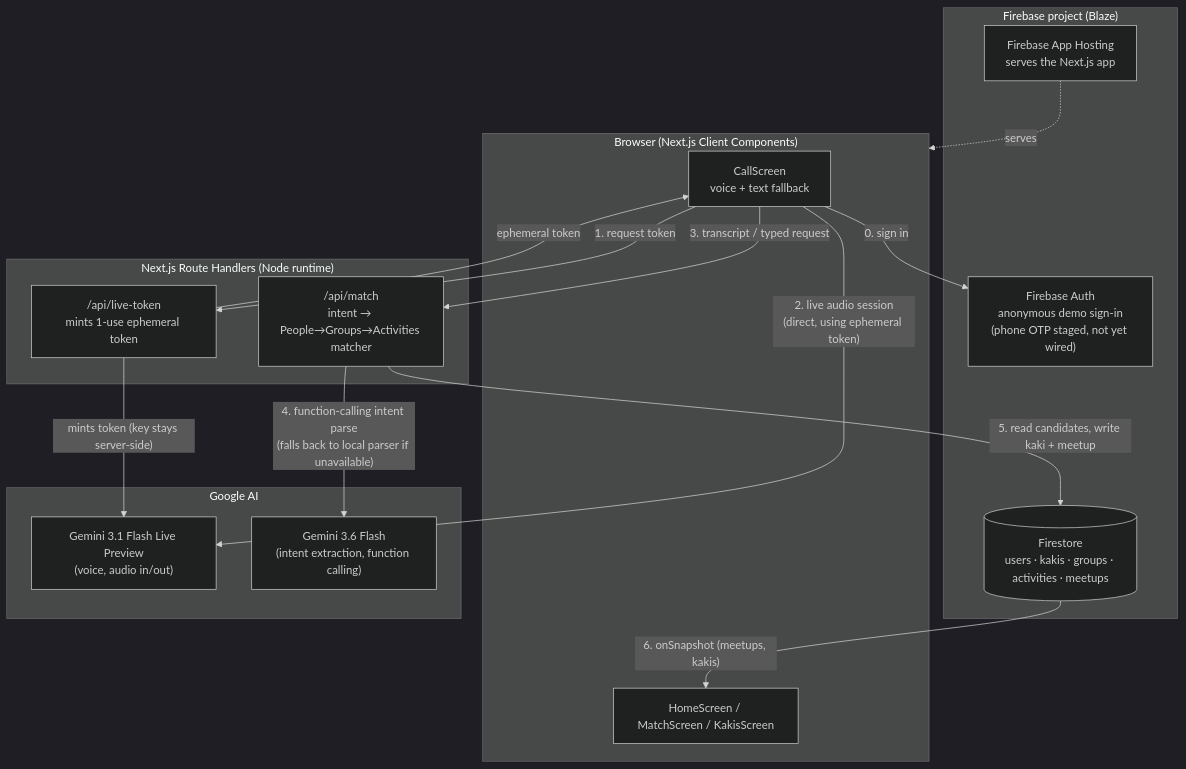
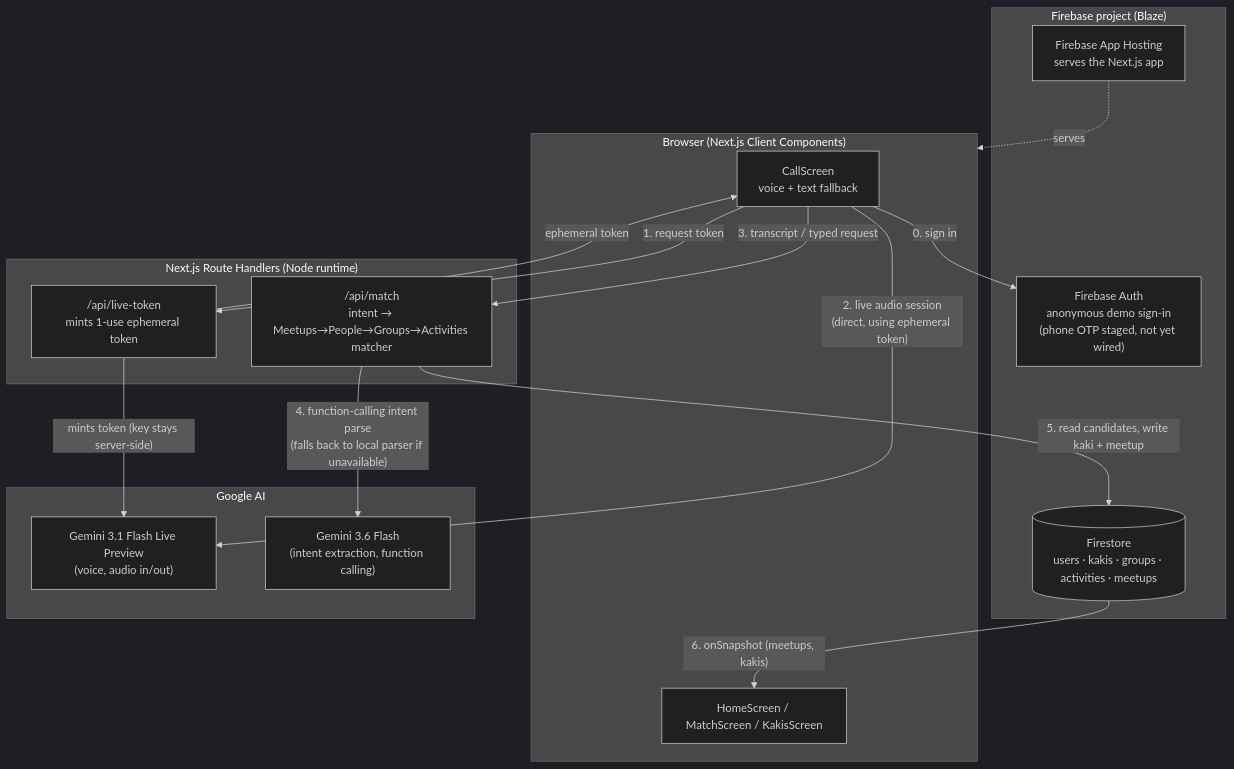
Before and after one commit to gabriel-wan/kopikaki: the diagram in docs/ARCHITECTURE.md, drawn with Mermaid (dark theme). The commit also changed other lines of this file and 27 other files, not shown here.

````diff
--- a/docs/ARCHITECTURE.md
+++ b/docs/ARCHITECTURE.md
@@ -13,37 +13,37 @@
 ```mermaid
 flowchart TD
     subgraph Browser["Browser (Next.js Client Components)"]
         CallScreen["CallScreen<br/>voice + text fallback"]
         HomeScreen["HomeScreen / MatchScreen / KakisScreen"]
     end
 
     subgraph Firebase["Firebase project (Blaze)"]
         Auth["Firebase Auth<br/>anonymous demo sign-in<br/>(phone OTP staged, not yet wired)"]
         Firestore[("Firestore<br/>users · kakis · groups · activities · meetups")]
         AppHosting["Firebase App Hosting<br/>serves the Next.js app"]
     end
 
     subgraph Server["Next.js Route Handlers (Node runtime)"]
         LiveToken["/api/live-token<br/>mints 1-use ephemeral token"]
-        Match["/api/match<br/>intent → People→Groups→Activities matcher"]
+        Match["/api/match<br/>intent → Meetups→People→Groups→Activities matcher"]
     end
 
     subgraph Google["Google AI"]
         GeminiLive["Gemini 3.1 Flash Live Preview<br/>(voice, audio in/out)"]
         Gemini36["Gemini 3.6 Flash<br/>(intent extraction, function calling)"]
     end
 
     CallScreen -- "0. sign in" --> Auth
     CallScreen -- "1. request token" --> LiveToken
     LiveToken -- "mints token (key stays server-side)" --> GeminiLive
     LiveToken -- "ephemeral token" --> CallScreen
     CallScreen -- "2. live audio session\n(direct, using ephemeral token)" --> GeminiLive
 
     CallScreen -- "3. transcript / typed request" --> Match
     Match -- "4. function-calling intent parse\n(falls back to local parser if unavailable)" --> Gemini36
     Match -- "5. read candidates, write kaki + meetup" --> Firestore
 
     Firestore -- "6. onSnapshot (meetups, kakis)" --> HomeScreen
 
     AppHosting -.serves.-> Browser
 ```
````
